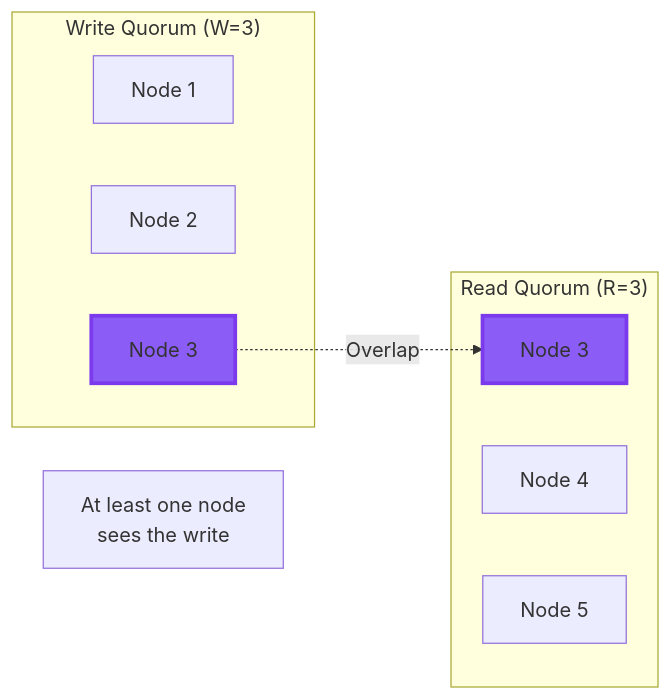
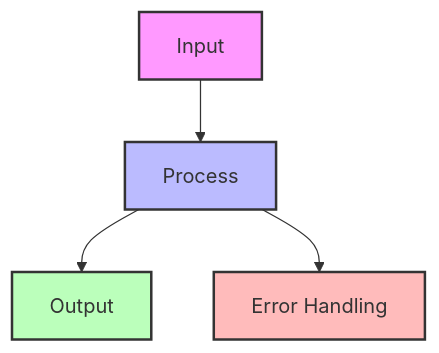
One commit to deepaucksharma/DStudio changed diagram 11 of 30 in docs/pattern-library/data-management/tunable-consistency.md. Above: the diagram before and after it, drawn with Mermaid. The commit also changed other lines of this file and 191 other files, not shown here.

````diff
--- a/docs/pattern-library/data-management/tunable-consistency.md
+++ b/docs/pattern-library/data-management/tunable-consistency.md
@@ -280,21 +378,11 @@
 ```mermaid
-graph LR
-    subgraph "Write Quorum (W=3)"
-        W1[Node 1]
-        W2[Node 2]
-        W3[Node 3]
-    end
+graph TD
+    A[Input] --> B[Process]
+    B --> C[Output]
+    B --> D[Error Handling]
     
-    subgraph "Read Quorum (R=3)"
-        R3[Node 3]
-        R4[Node 4]
-        R5[Node 5]
-    end
-    
-    W3 -.->|Overlap| R3
-    
-    Note[At least one node<br/>sees the write]
-    
-    style W3 fill:#8b5cf6,stroke:#7c3aed,stroke-width:3px
-    style R3 fill:#8b5cf6,stroke:#7c3aed,stroke-width:3px
+    style A fill:#f9f,stroke:#333,stroke-width:2px
+    style B fill:#bbf,stroke:#333,stroke-width:2px
+    style C fill:#bfb,stroke:#333,stroke-width:2px
+    style D fill:#fbb,stroke:#333,stroke-width:2px
 ```
````
